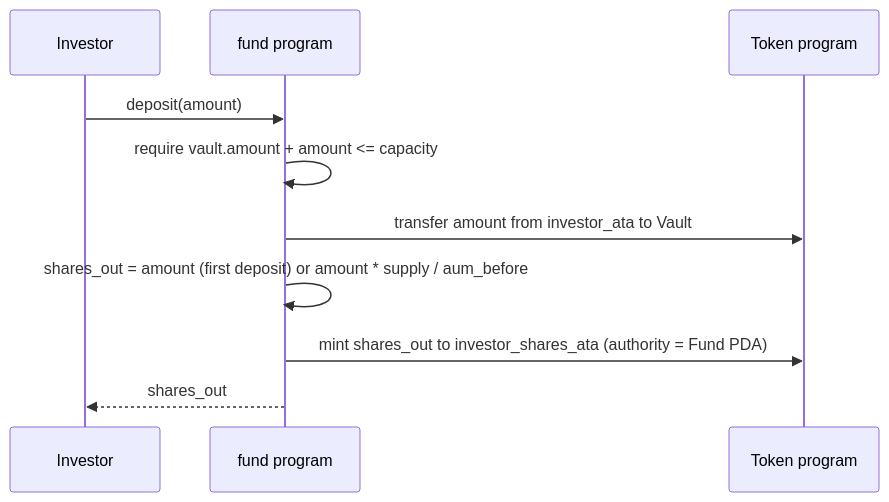
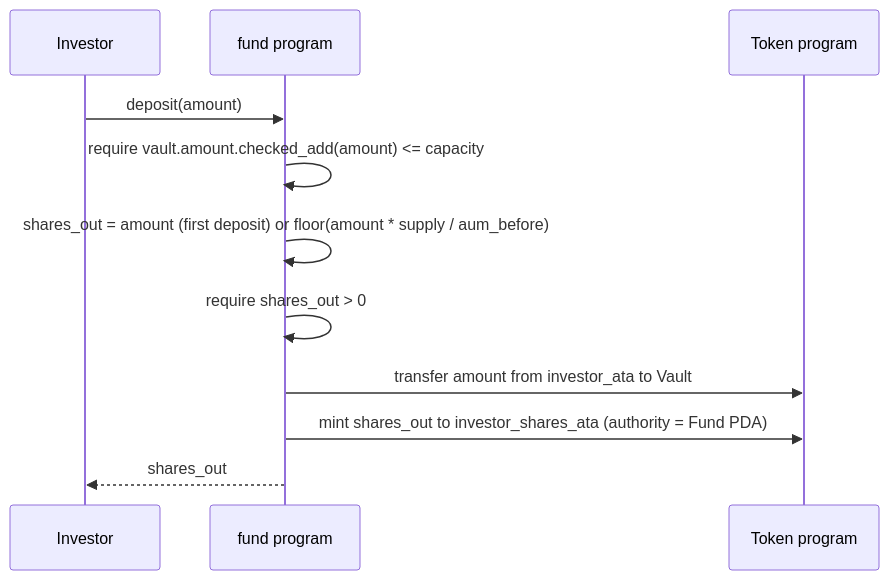
One commit to dataclique/fund changed the second of 2 diagrams in programs/fund/SPEC.md. Above: the diagram before and after it, drawn with Mermaid. The commit also changed other lines of this file and 1 other file, not shown here.

Commit message:
docs: address spec review feedback (errors, rounding, checked math, status)

````diff
--- a/programs/fund/SPEC.md
+++ b/programs/fund/SPEC.md
@@ -109,13 +134,14 @@
 ```mermaid
 sequenceDiagram
     participant Investor
     participant Program as fund program
     participant Token as Token program
 
     Investor->>Program: deposit(amount)
-    Program->>Program: require vault.amount + amount <= capacity
+    Program->>Program: require vault.amount.checked_add(amount) <= capacity
+    Program->>Program: shares_out = amount (first deposit) or floor(amount * supply / aum_before)
+    Program->>Program: require shares_out > 0
     Program->>Token: transfer amount from investor_ata to Vault
-    Program->>Program: shares_out = amount (first deposit) or amount * supply / aum_before
     Program->>Token: mint shares_out to investor_shares_ata (authority = Fund PDA)
     Program-->>Investor: shares_out
 ```
````
